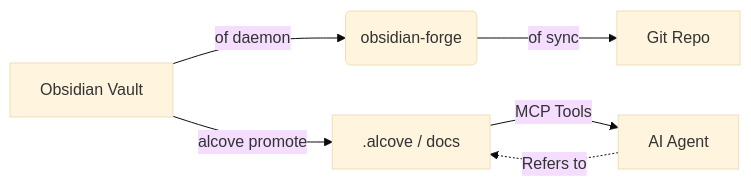
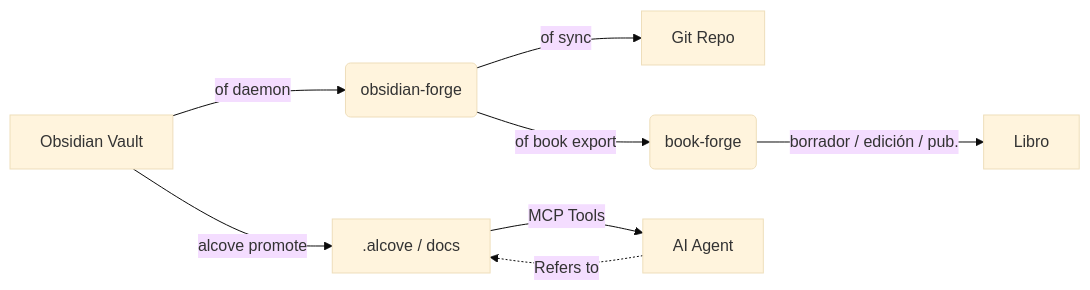
One commit to epicsagas/obsidian-forge changed the diagram in docs/README_es.md. Above: the diagram before and after it, drawn with Mermaid (base theme). The commit also changed other lines of this file and 9 other files, not shown here.

Commit message:
docs(ecosystem): add book-forge integration guide across all languages

````diff
--- a/docs/README_es.md
+++ b/docs/README_es.md
@@ -340,8 +341,10 @@
 ```mermaid
 graph LR
     A[Obsidian Vault] -->|of daemon| B(obsidian-forge)
     B -->|of sync| C[Git Repo]
     A -->|alcove promote| D[.alcove / docs]
     D -->|MCP Tools| E[AI Agent]
     E -.->|Refers to| D
+    B -->|of book export| F(book-forge)
+    F -->|borrador / edición / pub.| G[Libro]
 ```
````
